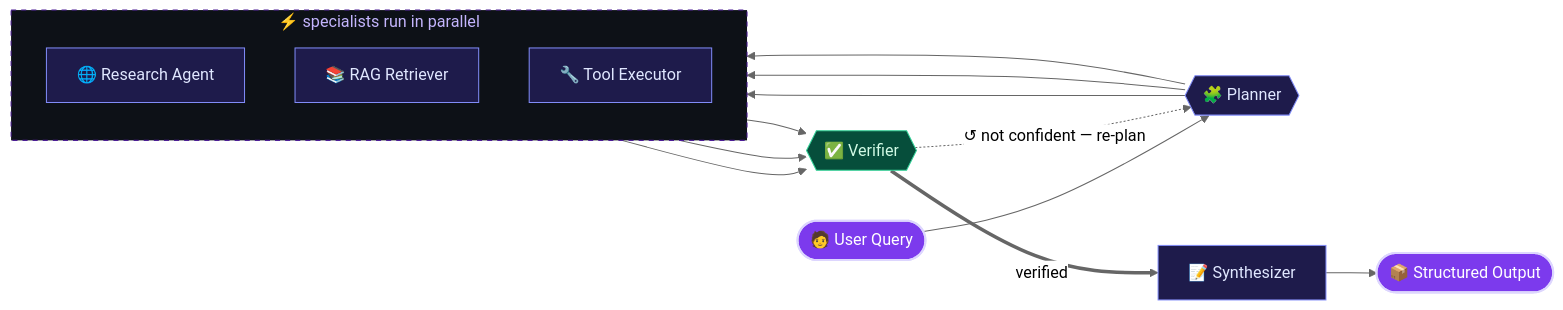
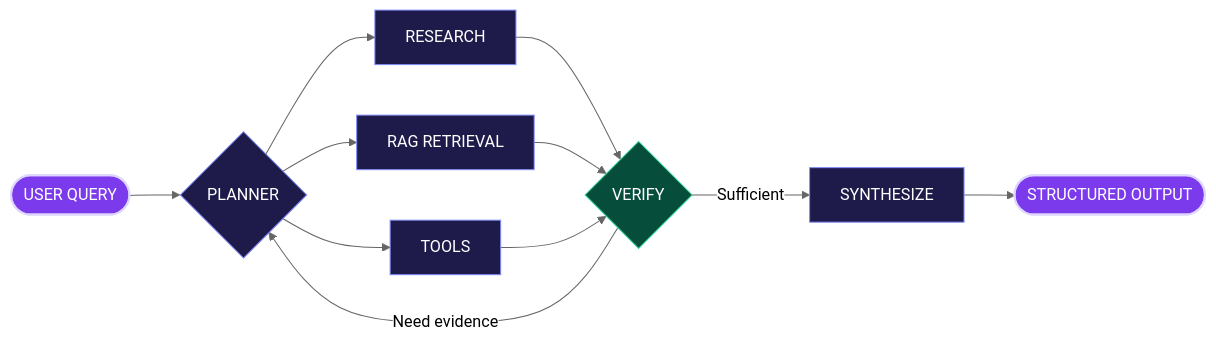
Before and after one commit to Subham999100/Subham999100: the diagram in README.md, drawn with Mermaid (neutral theme). The commit also changed other lines of this file, not shown here.

````diff
--- a/README.md
+++ b/README.md
@@ -64,25 +92,20 @@
 ```mermaid
 flowchart LR
-    Q([🧑 User Query]) --> P{{🧩 Planner}}
+    U(["USER QUERY"]) --> P{"PLANNER"}
+    P --> R["RESEARCH"]
+    P --> K["RAG RETRIEVAL"]
+    P --> T["TOOLS"]
+    R --> V{"VERIFY"}
+    K --> V
+    T --> V
+    V -->|"Need evidence"| P
+    V -->|"Sufficient"| S["SYNTHESIZE"]
+    S --> O(["STRUCTURED OUTPUT"])
 
-    subgraph SPECIALISTS [" ⚡ specialists run in parallel "]
-        direction TB
-        R[🌐 Research Agent]
-        K[📚 RAG Retriever]
-        T[🔧 Tool Executor]
-    end
-
-    P --> R & K & T
-    R & K & T --> V{{✅ Verifier}}
-    V -.->|"↺ not confident — re-plan"| P
-    V ==>|verified| S[📝 Synthesizer]
-    S --> O([📦 Structured Output])
-
-    classDef io fill:#7C3AED,stroke:#DDD6FE,color:#fff,stroke-width:2px
-    classDef agent fill:#1E1B4B,stroke:#818CF8,color:#E0E7FF
-    classDef check fill:#064E3B,stroke:#34D399,color:#D1FAE5
-    class Q,O io
+    classDef io fill:#7C3AED,stroke:#DDD6FE,color:#ffffff,stroke-width:2px
+    classDef agent fill:#1E1B4B,stroke:#818CF8,color:#ffffff
+    classDef verify fill:#064E3B,stroke:#34D399,color:#ffffff
+    class U,O io
     class P,R,K,T,S agent
-    class V check
-    style SPECIALISTS fill:#0D1117,stroke:#4C1D95,stroke-dasharray:5 5,color:#C4B5FD
+    class V verify
 ```
````
